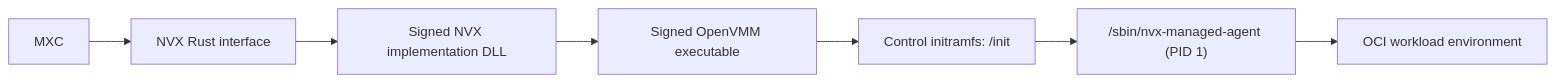
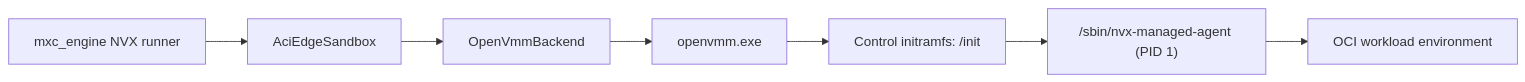
The first of 4 diagrams in docs/nvx-integration.md (microsoft/mxc), drawn with Mermaid before and after one commit. The commit also changed other lines of this file and 2 other files, not shown here.

Commit message:
Refine NVX integration documentation

````diff
--- a/docs/nvx-integration.md
+++ b/docs/nvx-integration.md
@@ -312,9 +570,9 @@
 ```mermaid
 flowchart LR
-    MXC["MXC"] --> API["NVX Rust interface"]
-    API --> DLL["Signed NVX implementation DLL"]
-    DLL --> OpenVMM["Signed OpenVMM executable"]
+    Engine["mxc_engine NVX runner"] --> API["AciEdgeSandbox"]
+    API --> Backend["OpenVmmBackend"]
+    Backend --> OpenVMM["openvmm.exe"]
     OpenVMM --> Init["Control initramfs: /init"]
     Init --> Agent["/sbin/nvx-managed-agent (PID 1)"]
     Agent --> Workload["OCI workload environment"]
 ```
````
